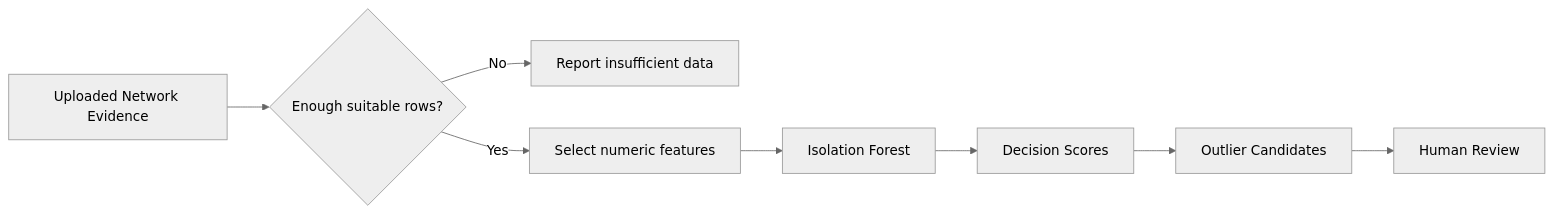
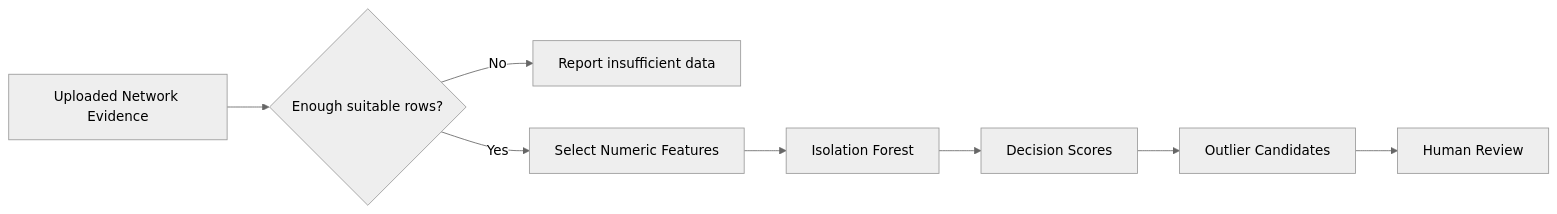
Before and after one commit to ruveeha33/NuclearShield: the fourth of 13 diagrams in README.md, drawn with Mermaid (neutral theme). The commit also changed other lines of this file, not shown here.

````diff
--- a/README.md
+++ b/README.md
@@ -177,12 +207,12 @@
 ```mermaid
 flowchart LR
     A["Uploaded Network Evidence"] --> B{"Enough suitable rows?"}
 
     B -->|"No"| C["Report insufficient data"]
-    B -->|"Yes"| D["Select numeric features"]
+    B -->|"Yes"| D["Select Numeric Features"]
 
     D --> E["Isolation Forest"]
     E --> F["Decision Scores"]
     F --> G["Outlier Candidates"]
     G --> H["Human Review"]
 ```
````
